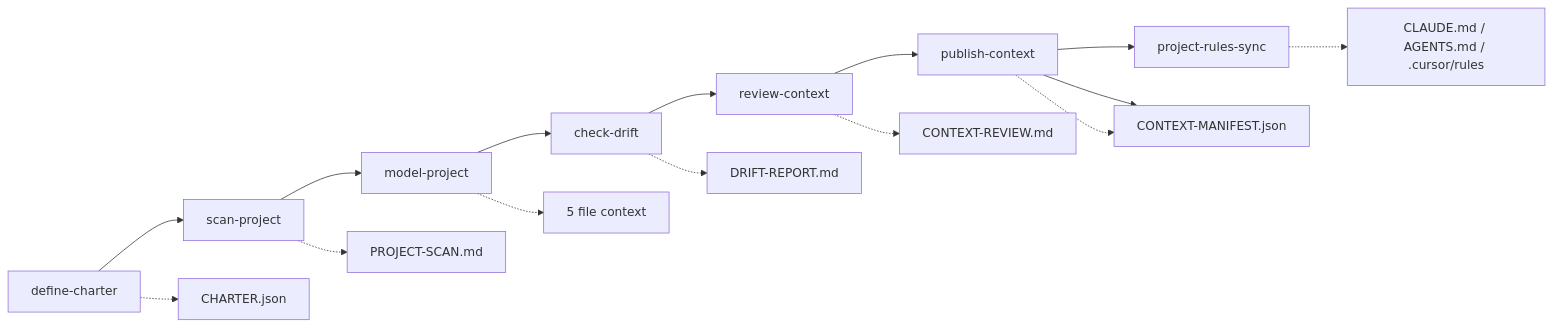
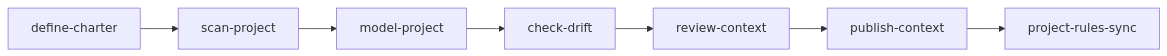
The second of 3 diagrams in packages/extension/media/guides/cohesive-delivery.md (o00ontcong/aidlc), drawn with Mermaid before and after one commit. The commit also changed other lines of this file and 20 other files, not shown here.

````diff
--- a/packages/extension/media/guides/cohesive-delivery.md
+++ b/packages/extension/media/guides/cohesive-delivery.md
@@ -253,18 +52,5 @@
-```mermaid
+~~~mermaid
 flowchart LR
-  S0[define-charter] --> S1[scan-project]
-  S1 --> S2[model-project]
-  S2 --> S2b[check-drift]
-  S2b --> S3[review-context]
-  S3 --> S4[publish-context]
-  S4 --> S5[project-rules-sync]
-  S4 --> M[CONTEXT-MANIFEST.json]
-
-  S0 -.-> C[CHARTER.json]
-  S1 -.-> P1[PROJECT-SCAN.md]
-  S2 -.-> P2[5 file context]
-  S2b -.-> D[DRIFT-REPORT.md]
-  S3 -.-> P3[CONTEXT-REVIEW.md]
-  S4 -.-> M
-  S5 -.-> R[CLAUDE.md / AGENTS.md / .cursor/rules]
-```
+  A[define-charter] --> B[scan-project] --> C[model-project] --> D[check-drift]
+  D --> E[review-context] --> F[publish-context] --> G[project-rules-sync]
+~~~
````
